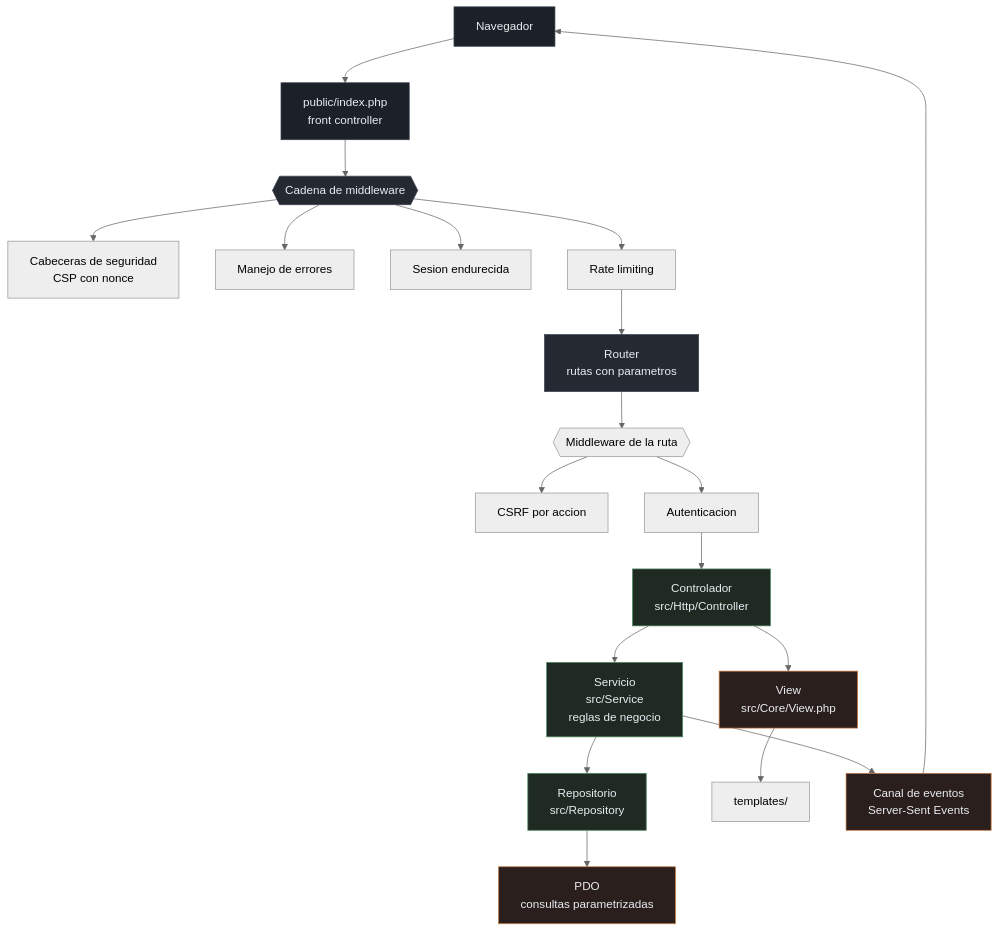
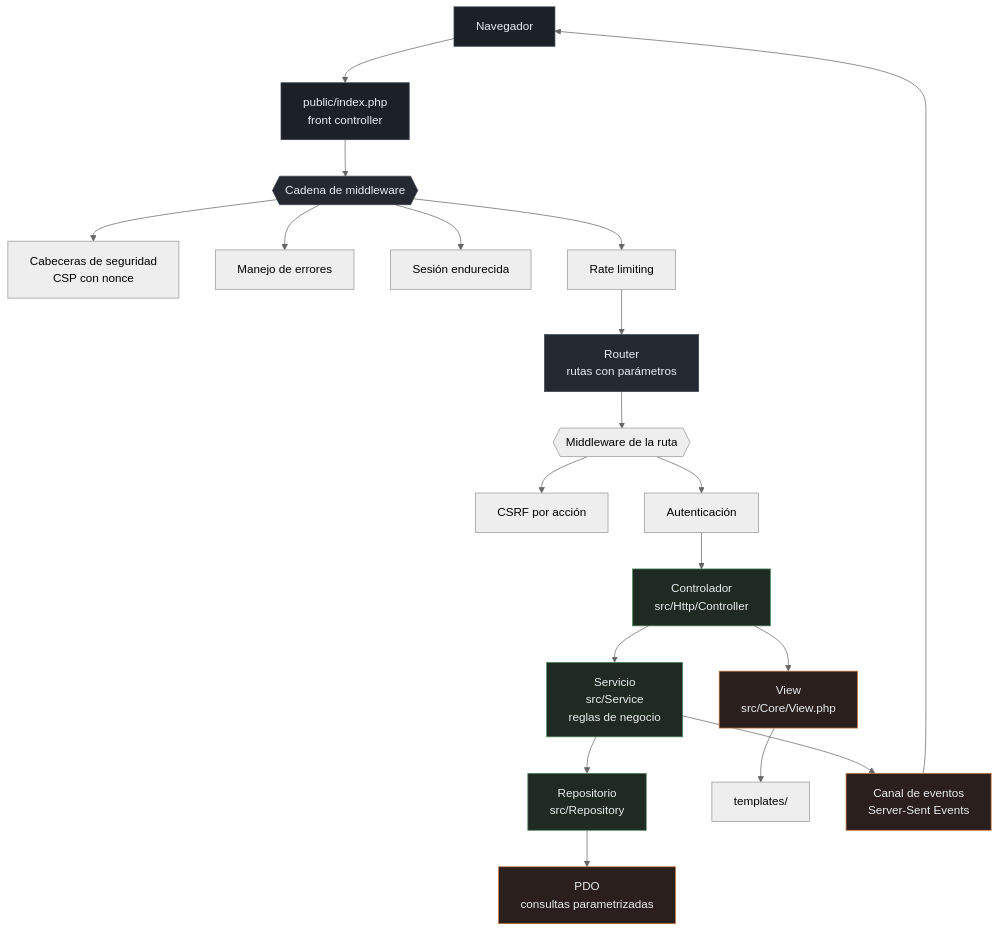
Before and after one commit to JuanCarlosBarronLopez/DataForge: the diagram in README.md, drawn with Mermaid (neutral theme). The commit also changed other lines of this file and 4 other files, not shown here.

````diff
--- a/README.md
+++ b/README.md
@@ -50,37 +36,37 @@
 ```mermaid
 graph TD
     Browser["Navegador"] --> FC["public/index.php<br/>front controller"]
 
     FC --> MW{{"Cadena de middleware"}}
     MW --> S1["Cabeceras de seguridad<br/>CSP con nonce"]
     MW --> S2["Manejo de errores"]
-    MW --> S3["Sesion endurecida"]
+    MW --> S3["Sesión endurecida"]
     MW --> S4["Rate limiting"]
 
-    S4 --> Router["Router<br/>rutas con parametros"]
+    S4 --> Router["Router<br/>rutas con parámetros"]
 
     Router --> RMW{{"Middleware de la ruta"}}
-    RMW --> R1["CSRF por accion"]
-    RMW --> R2["Autenticacion"]
+    RMW --> R1["CSRF por acción"]
+    RMW --> R2["Autenticación"]
 
     R2 --> Controller["Controlador<br/>src/Http/Controller"]
     Controller --> Service["Servicio<br/>src/Service<br/>reglas de negocio"]
     Service --> Repo["Repositorio<br/>src/Repository"]
     Repo --> PDO["PDO<br/>consultas parametrizadas"]
     Controller --> View["View<br/>src/Core/View.php"]
     View --> Tpl["templates/"]
 
     Service --> SSE["Canal de eventos<br/>Server-Sent Events"]
     SSE --> Browser
 
     style Browser fill:#1c2027,stroke:#3a424f,color:#e9ecf1
     style FC fill:#1c2027,stroke:#3a424f,color:#e9ecf1
     style MW fill:#242932,stroke:#3a424f,color:#e9ecf1
     style Router fill:#242932,stroke:#3a424f,color:#e9ecf1
     style Controller fill:#1f2a22,stroke:#4f8a63,color:#e9ecf1
     style Service fill:#1f2a22,stroke:#4f8a63,color:#e9ecf1
     style Repo fill:#1f2a22,stroke:#4f8a63,color:#e9ecf1
     style PDO fill:#2a1f1c,stroke:#c87941,color:#e9ecf1
     style View fill:#2a1f1c,stroke:#c87941,color:#e9ecf1
     style SSE fill:#2a1f1c,stroke:#c87941,color:#e9ecf1
 ```
````
